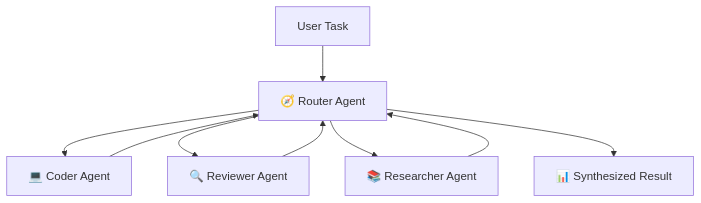
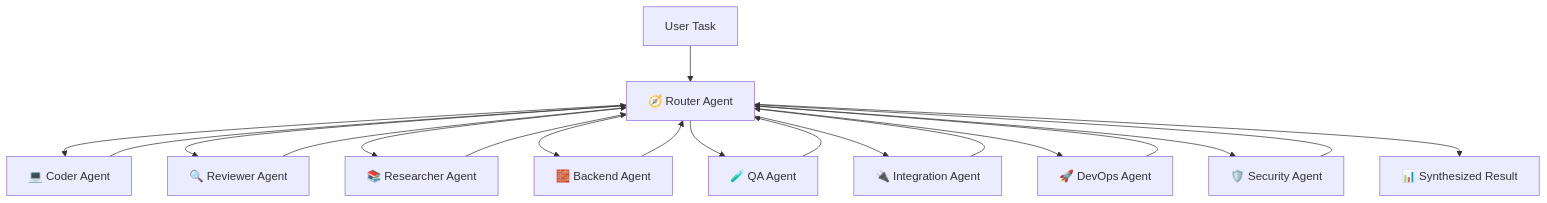
Before and after one commit to kelleyjamesb-ai/fluencytracr: the diagram in docs/en/SWARM_PROTOCOL.md, drawn with Mermaid. The commit also changed other lines of this file and 25 other files, not shown here.

````diff
--- a/docs/en/SWARM_PROTOCOL.md
+++ b/docs/en/SWARM_PROTOCOL.md
@@ -7,11 +7,21 @@
 ```mermaid
 graph TD
     User[User Task] --> Router[🧭 Router Agent]
     Router --> Coder[💻 Coder Agent]
     Router --> Reviewer[🔍 Reviewer Agent]
     Router --> Researcher[📚 Researcher Agent]
+    Router --> Backend[🧱 Backend Agent]
+    Router --> QA[🧪 QA Agent]
+    Router --> Integration[🔌 Integration Agent]
+    Router --> DevOps[🚀 DevOps Agent]
+    Router --> Security[🛡️ Security Agent]
     Coder --> Router
     Reviewer --> Router
     Researcher --> Router
+    Backend --> Router
+    QA --> Router
+    Integration --> Router
+    DevOps --> Router
+    Security --> Router
     Router --> Result[📊 Synthesized Result]
 ```
````
